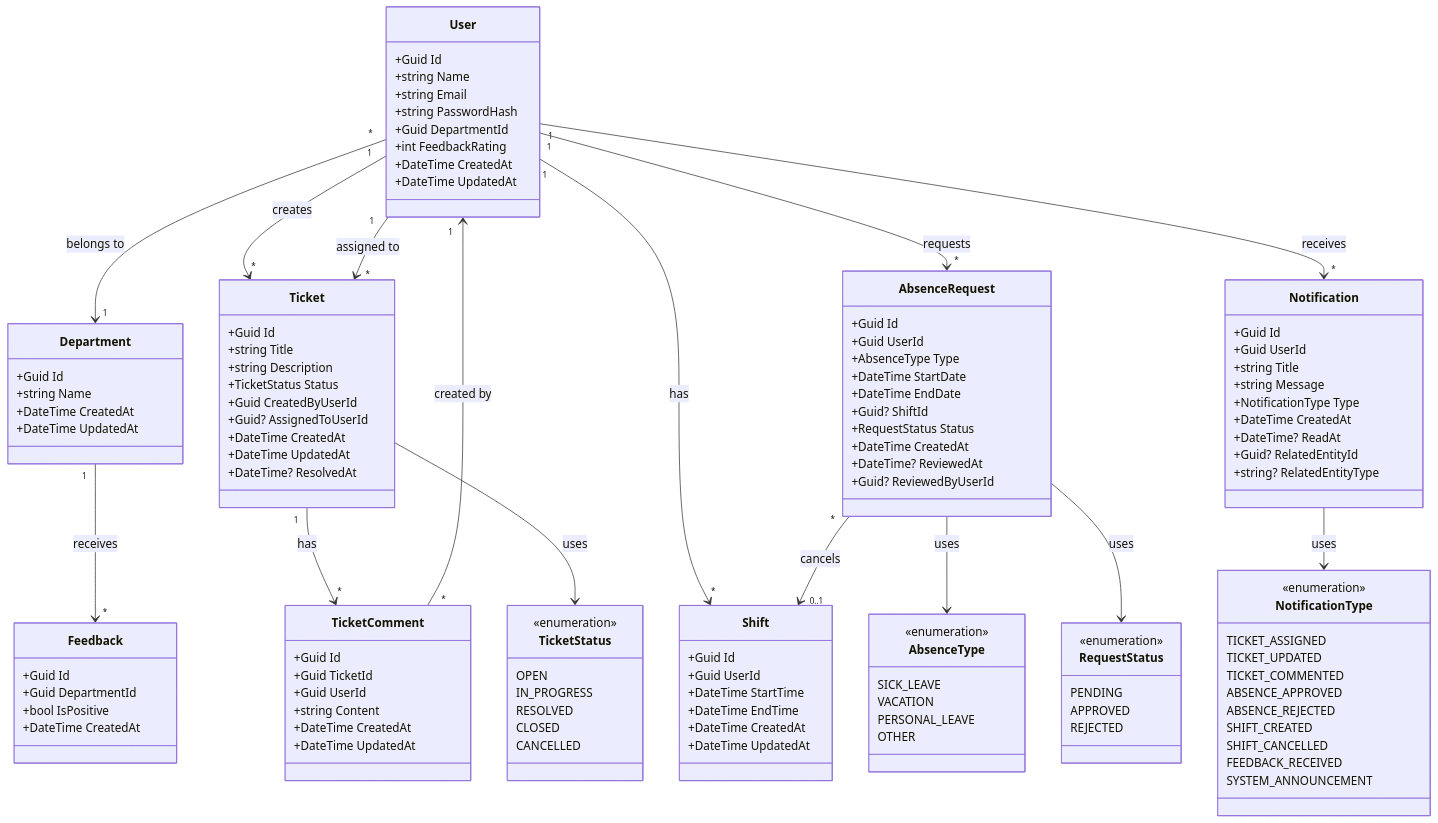
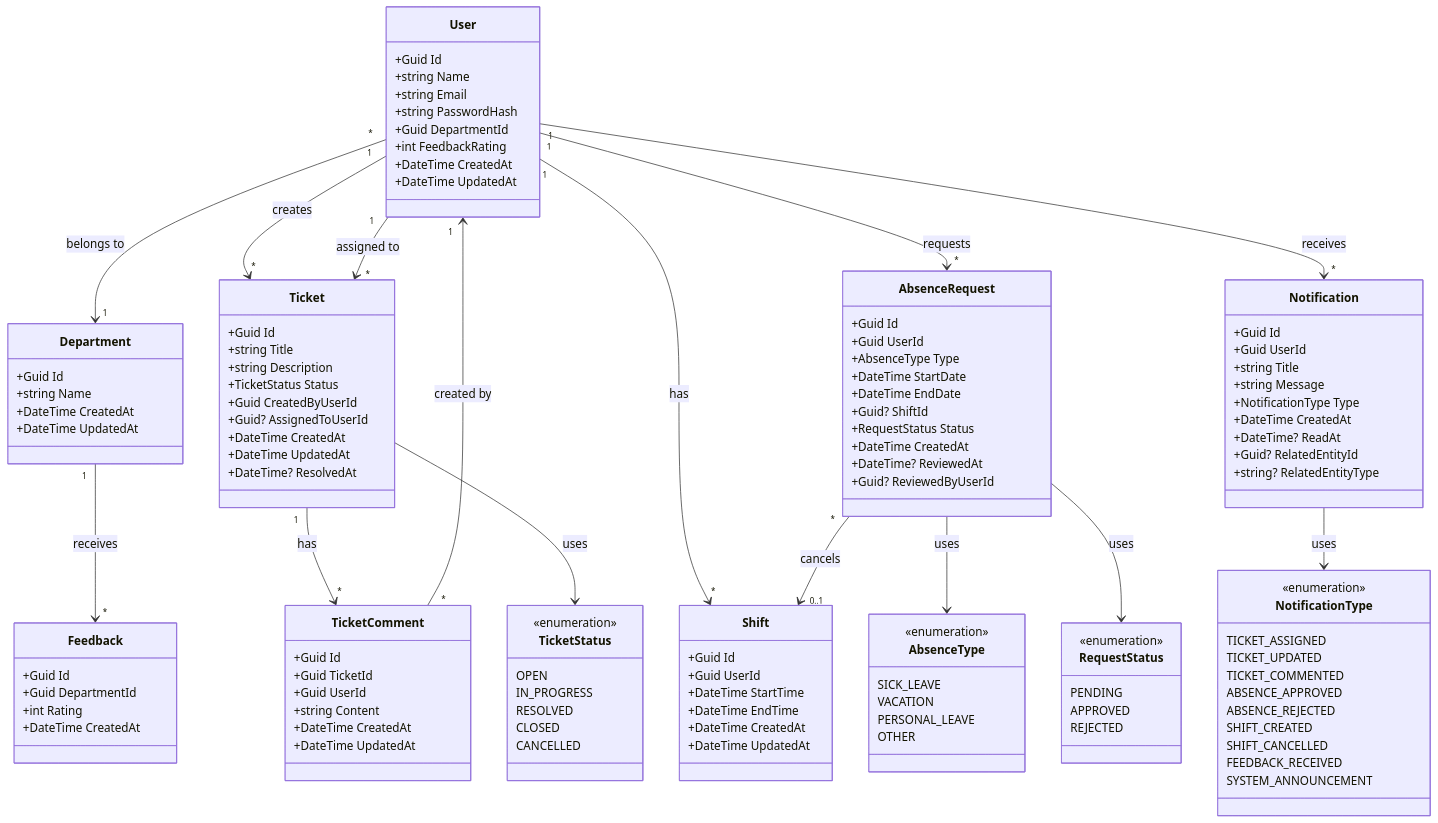
The diagram in README.md (Mercantec-GHC/h4-26-gruppe2-officeas), drawn with Mermaid before and after one commit.

Commit message:
UML-diagram

```diff
--- a/README.md
+++ b/README.md
@@ -47,7 +47,7 @@
     class Feedback {
         +Guid Id
         +Guid DepartmentId
-        +bool IsPositive
+        +int Rating
         +DateTime CreatedAt
     }
 
```
